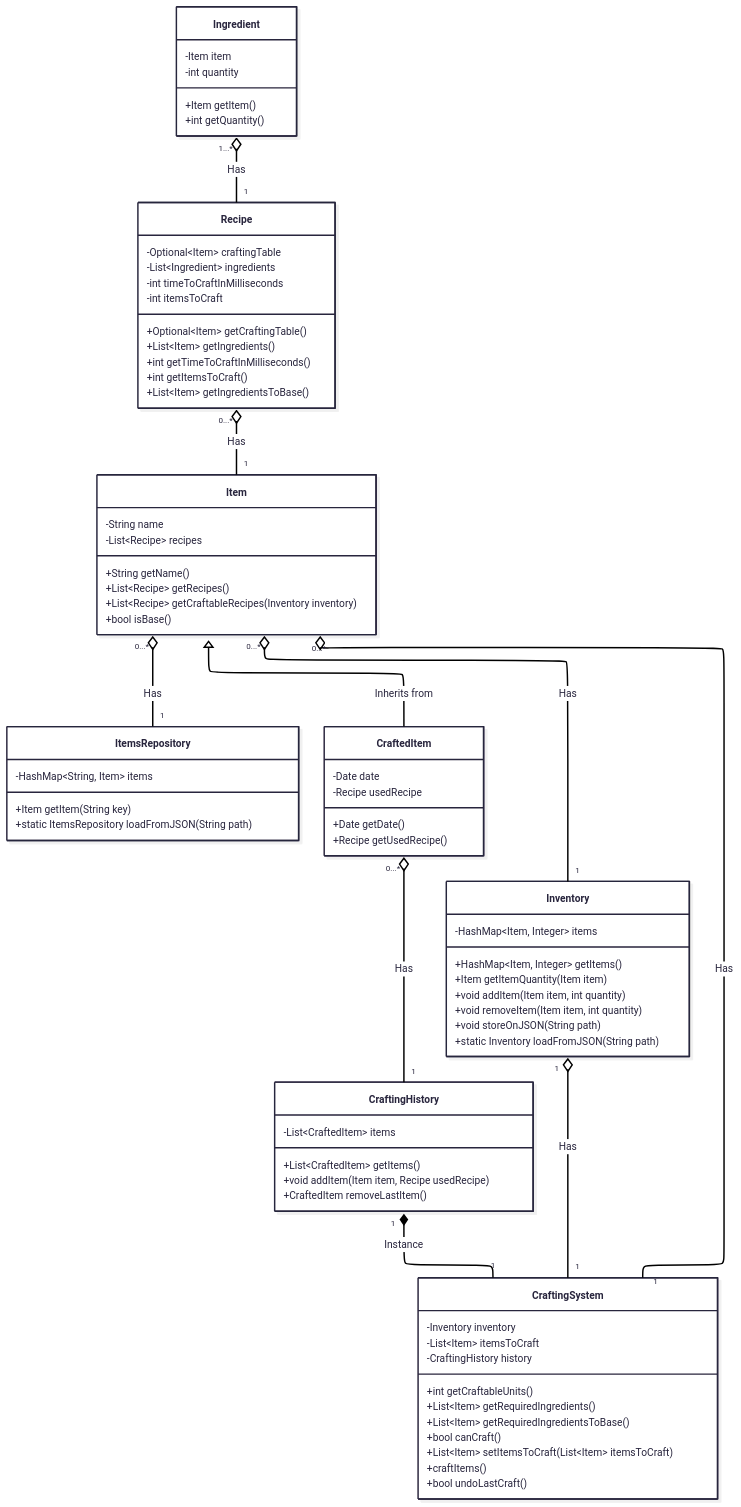
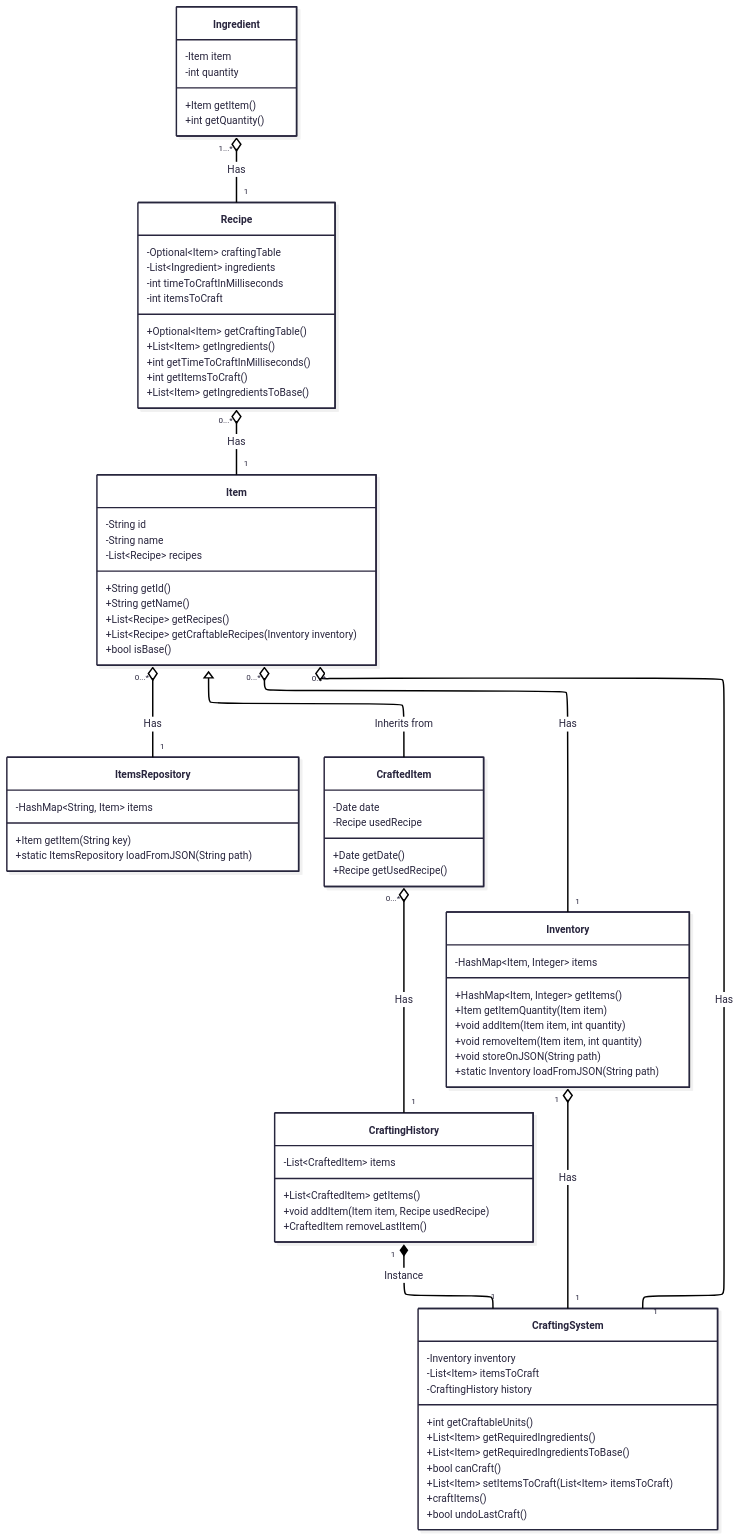
The first of 2 diagrams in README.md (hozlucas28/Java-Practical-Work-2025), drawn with Mermaid before and after one commit. The commit also changed 3 other files, not shown here.

```diff
--- a/README.md
+++ b/README.md
@@ -112,9 +112,11 @@
     }
 
     class Item {
+	    -String id
 	    -String name
 	    -List~Recipe~ recipes
 
+	    +String getId()
 	    +String getName()
 	    +List~Recipe~ getRecipes()
 	    +List~Recipe~ getCraftableRecipes(Inventory inventory)
```
